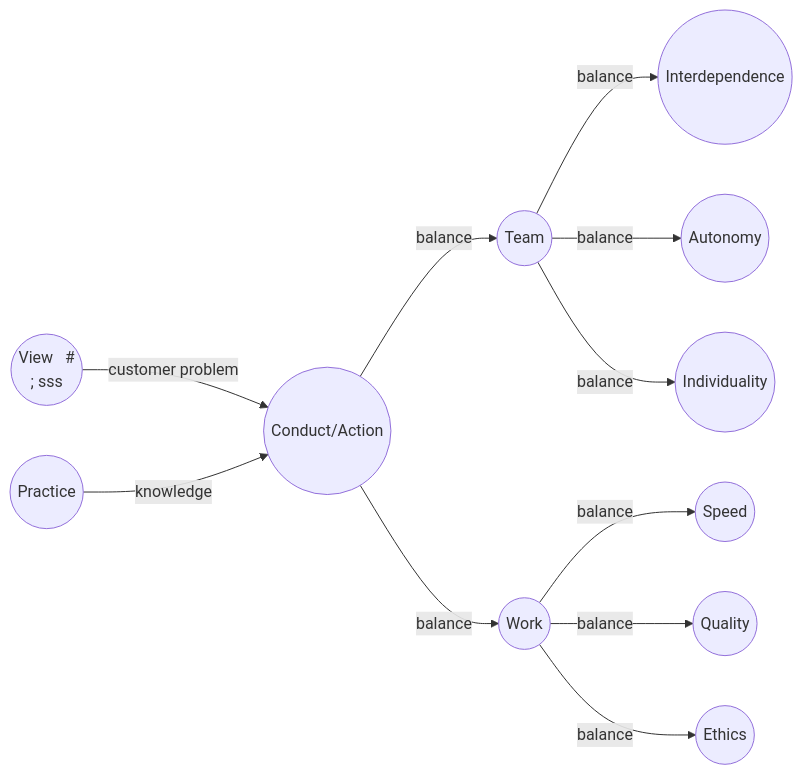
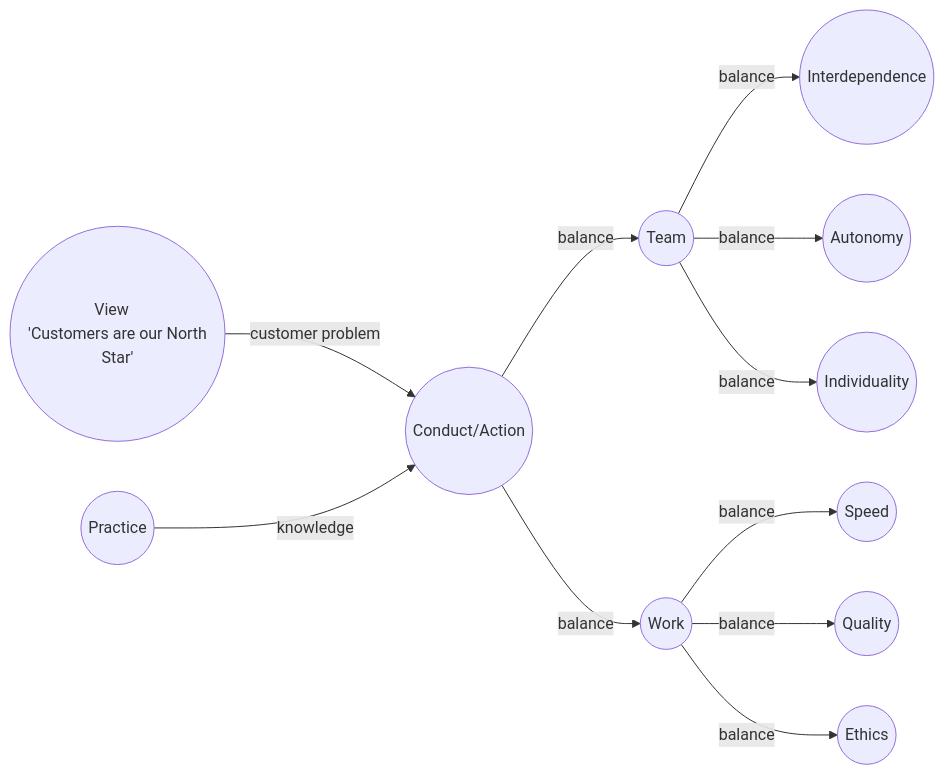
One commit to borisdev/resume changed the diagram in zillow.md. Above: the diagram before and after it, drawn with Mermaid.

Commit message:
zillow values as a diagram

````diff
--- a/zillow.md
+++ b/zillow.md
@@ -18,13 +18,13 @@
 ```mermaid
 flowchart LR
-    V(("View #nbsp; #<br>; sss"))-- customer problem -->C(("Conduct"))
+    V(("View #nbsp; <br> 'Customers are our North Star'"))-- customer problem -->C(("Conduct"))
     P(("Practice"))-- knowledge -->C(("Conduct"))
     C(("Conduct/Action"))-- balance -->T(("Team"))
     C(("Conduct/Action"))-- balance -->W(("Work"))
     T(("Team"))-- balance -->ID(("Interdependence"))
     T(("Team"))-- balance -->A(("Autonomy"))
     T(("Team"))-- balance -->I(("Individuality"))
     W(("Work"))-- balance -->S(("Speed"))
     W(("Work"))-- balance -->Q(("Quality"))
     W(("Work"))-- balance -->E(("Ethics"))
 ```
````
